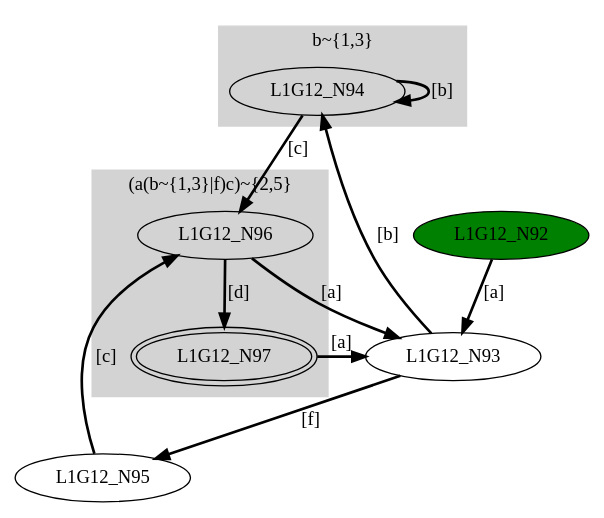
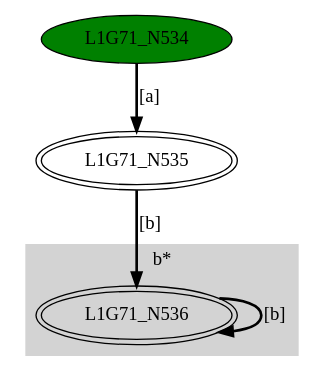
One commit to GDimitroulakos/EDUFLEX changed the diagram in DFASimulator/Testbench/mergeDFA1.dot. Above: the diagram before and after it, drawn with Graphviz. The commit also changed 192 other files, not shown here.

```diff
--- a/DFASimulator/Testbench/mergeDFA1.dot
+++ b/DFASimulator/Testbench/mergeDFA1.dot
@@ -1,29 +1,14 @@
-digraph G12{
+digraph G71{
 	subgraph cluster0 {
 		node [style=filled];
 		style=filled;
 		color=lightgrey;
-		label ="b~{1,3}";
-		L1G12_N94;
-	}	subgraph cluster1 {
-		node [style=filled];
-		style=filled;
-		color=lightgrey;
-		label ="(a(b~{1,3}|f)c)~{2,5}";
-		L1G12_N96;L1G12_N97;
-	}"L1G12_N92" [style=filled,fillcolor=green];
-"L1G12_N93";
-"L1G12_N94";
-"L1G12_N95";
-"L1G12_N96";
-"L1G12_N97" [peripheries=2];
-"L1G12_N92"->"L1G12_N93" [style = bold, label = "[a]"];
-"L1G12_N93"->"L1G12_N94" [style = bold, label = "[b]"];
-"L1G12_N93"->"L1G12_N95" [style = bold, label = "[f]"];
-"L1G12_N94"->"L1G12_N94" [style = bold, label = "[b]"];
-"L1G12_N94"->"L1G12_N96" [style = bold, label = "[c]"];
-"L1G12_N95"->"L1G12_N96" [style = bold, label = "[c]"];
-"L1G12_N96"->"L1G12_N93" [style = bold, label = "[a]"];
-"L1G12_N96"->"L1G12_N97" [style = bold, label = "[d]"];
-"L1G12_N97"->"L1G12_N93" [style = bold, label = "[a]"];
+		label ="b*";
+		L1G71_N536;
+	}"L1G71_N534" [style=filled,fillcolor=green];
+"L1G71_N535" [peripheries=2];
+"L1G71_N536" [peripheries=2];
+"L1G71_N534"->"L1G71_N535" [style = bold, label = "[a]"];
+"L1G71_N535"->"L1G71_N536" [style = bold, label = "[b]"];
+"L1G71_N536"->"L1G71_N536" [style = bold, label = "[b]"];
 }
```
